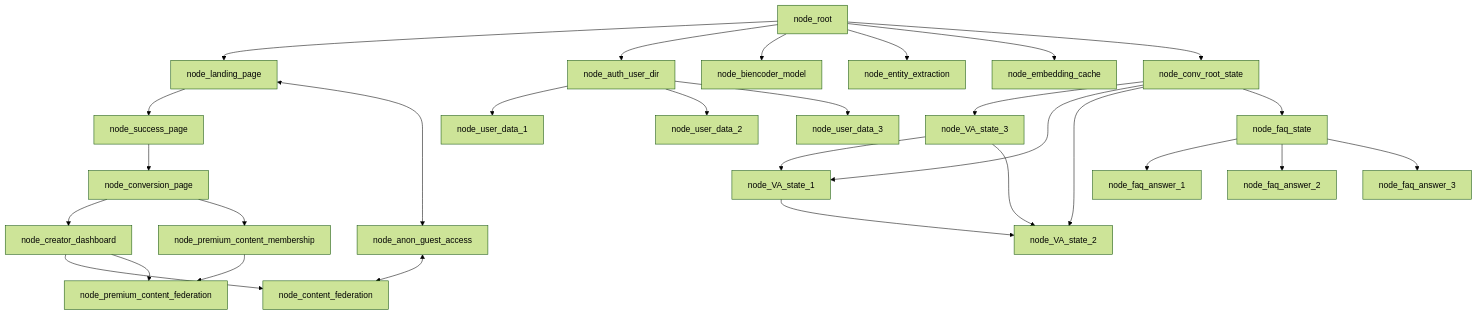
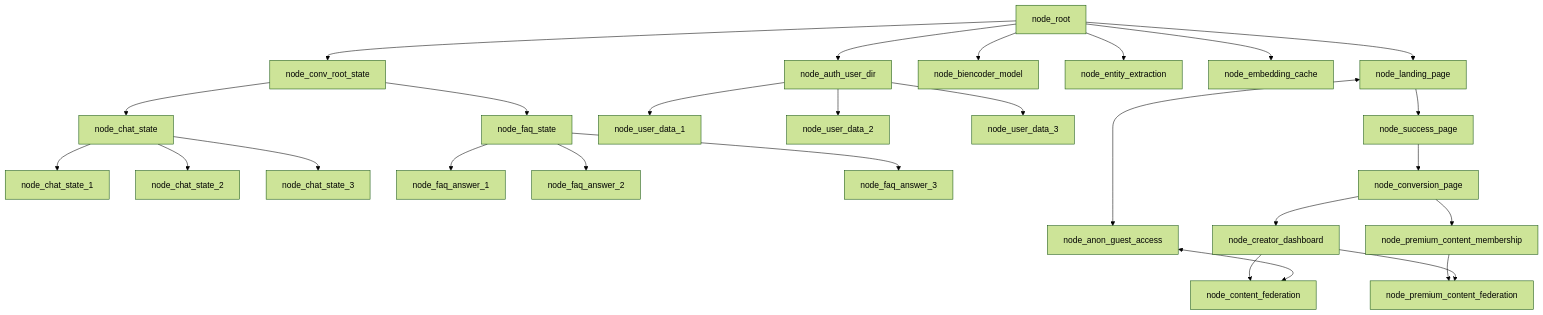
Before and after one commit to WrappedUsername/apexmite-jac: the first of 2 diagrams in README.md, drawn with Mermaid (forest theme). The commit also changed 2 other files, not shown here.

Commit message:
Configuring files - Keefe

````diff
--- a/README.md
+++ b/README.md
@@ -44,31 +44,29 @@
 ```mermaid
 graph TD;
     node_root-->node_landing_page
     node_root-->node_auth_user_dir
     node_root-->node_biencoder_model
     node_root-->node_entity_extraction
     node_root-->node_embedding_cache
     node_root-->node_conv_root_state
-    node_conv_root_state-->node_VA_state_3
-    node_VA_state_3-->node_VA_state_1
-    node_VA_state_3-->node_VA_state_2
-    node_VA_state_1-->node_VA_state_2
-    node_conv_root_state-->node_VA_state_1
-    node_conv_root_state-->node_VA_state_2
+    node_conv_root_state-->node_chat_state
+    node_chat_state-->node_chat_state_1
+    node_chat_state-->node_chat_state_2
+    node_chat_state-->node_chat_state_3
     node_conv_root_state-->node_faq_state
     node_faq_state-->node_faq_answer_1
     node_faq_state-->node_faq_answer_2
     node_faq_state-->node_faq_answer_3
     node_auth_user_dir-->node_user_data_1
     node_auth_user_dir-->node_user_data_2
     node_auth_user_dir-->node_user_data_3
     node_landing_page-->node_success_page
     node_landing_page<-->node_anon_guest_access
     node_success_page-->node_conversion_page
     node_conversion_page-->node_creator_dashboard
     node_conversion_page-->node_premium_content_membership
     node_premium_content_membership-->node_premium_content_federation
     node_creator_dashboard-->node_content_federation
     node_creator_dashboard-->node_premium_content_federation
     node_anon_guest_access<-->node_content_federation
 ```
````
